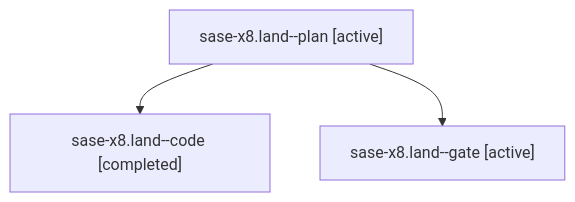
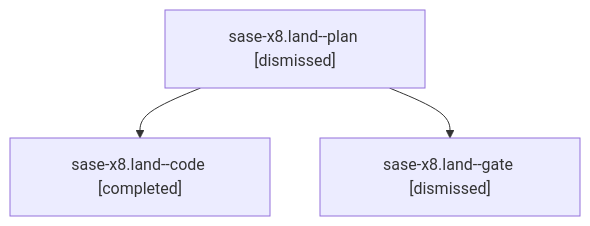
The diagram in sessions/bbugyi200.athena.sase-x8.land.md (sase-org/sase--agents), drawn with Mermaid before and after one commit. The commit also changed other lines of this file and 397 other files, not shown here.

````diff
--- a/sessions/bbugyi200.athena.sase-x8.land.md
+++ b/sessions/bbugyi200.athena.sase-x8.land.md
@@ -9,8 +9,8 @@
 ```mermaid
 flowchart TD
-  n0["sase-x8.land--plan [active]"]
+  n0["sase-x8.land--plan [dismissed]"]
   n1["sase-x8.land--code [completed]"]
   n0 --> n1
-  n2["sase-x8.land--gate [active]"]
+  n2["sase-x8.land--gate [dismissed]"]
   n0 --> n2
 ```
````
